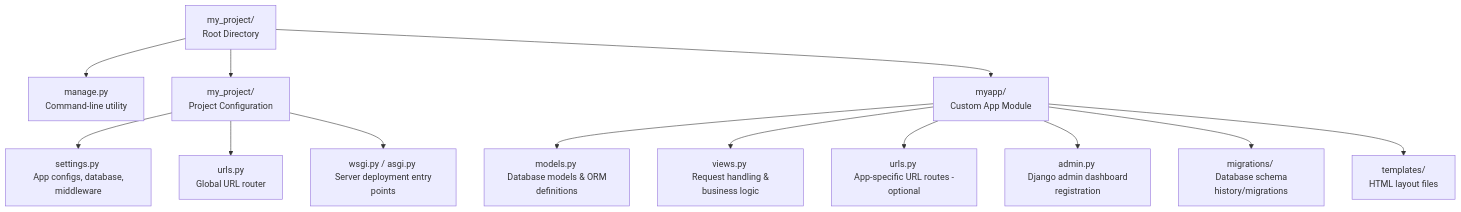
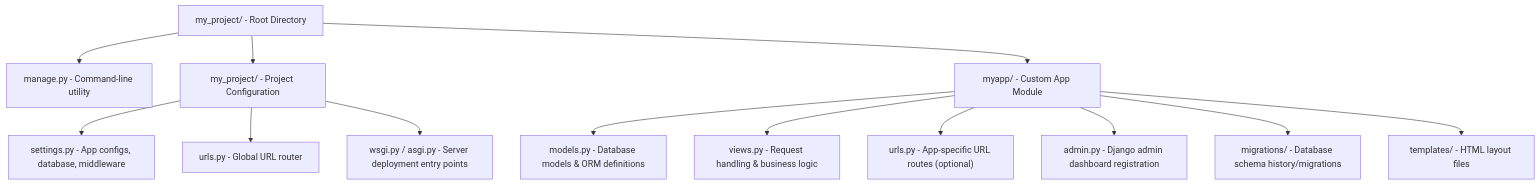
The third of 3 diagrams in synthesis/courses/django-6-the-big-picture/00-django-6-the-big-picture-synthesis.md (matt2ology/tech-journal-and-blog), drawn with Mermaid before and after one commit.

Commit message:
fix: update flowchart labels for improved clarity in Django project structure

````diff
--- a/synthesis/courses/django-6-the-big-picture/00-django-6-the-big-picture-synthesis.md
+++ b/synthesis/courses/django-6-the-big-picture/00-django-6-the-big-picture-synthesis.md
@@ -92,31 +92,31 @@
 ```mermaid
 flowchart TD
-    root["my_project/ <br> Root Directory"]
-    manage["manage.py <br> Command-line utility"]
-    projConfig["my_project/ <br> Project Configuration"]
-    appDir["myapp/ <br> Custom App Module"]
+    root["my_project/ - Root Directory"]
+    manage["manage.py - Command-line utility"]
+    projConfig["my_project/ - Project Configuration"]
+    appDir["myapp/ - Custom App Module"]
 
-    settings["settings.py <br> App configs, database, middleware"]
-    projURLs["urls.py <br> Global URL router"]
-    wsgi["wsgi.py / asgi.py <br> Server deployment entry points"]
+    settings["settings.py - App configs, database, middleware"]
+    projURLs["urls.py - Global URL router"]
+    wsgi["wsgi.py / asgi.py - Server deployment entry points"]
 
-    models["models.py <br> Database models & ORM definitions"]
-    views["views.py <br> Request handling & business logic"]
-    appURLs["urls.py <br> App-specific URL routes - optional"]
-    admin["admin.py <br> Django admin dashboard registration"]
-    migrations["migrations/ <br> Database schema history/migrations"]
-    templates["templates/ <br> HTML layout files"]
+    models["models.py - Database models & ORM definitions"]
+    views["views.py - Request handling & business logic"]
+    appURLs["urls.py - App-specific URL routes (optional)"]
+    admin["admin.py - Django admin dashboard registration"]
+    migrations["migrations/ - Database schema history/migrations"]
+    templates["templates/ - HTML layout files"]
 
     root --> manage
     root --> projConfig
     root --> appDir
     projConfig --> settings
     projConfig --> projURLs
     projConfig --> wsgi
     appDir --> models
     appDir --> views
     appDir --> appURLs
     appDir --> admin
     appDir --> migrations
     appDir --> templates
 ```
````
